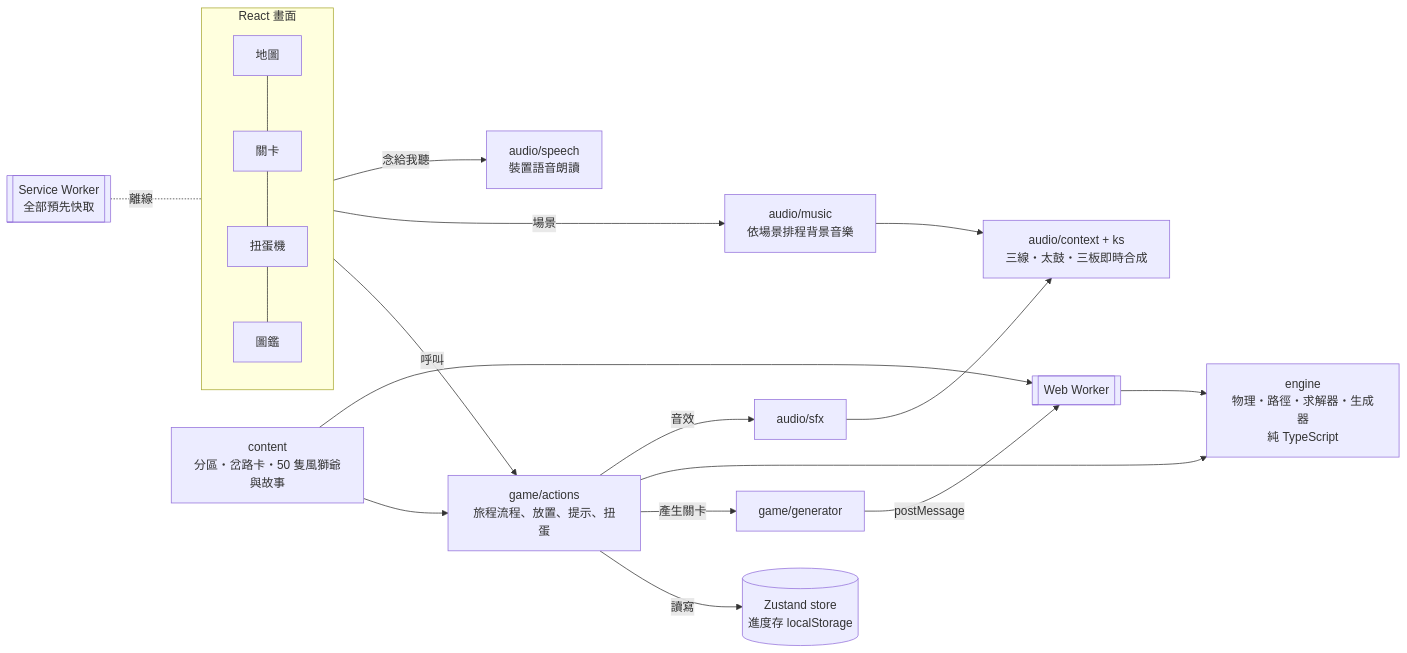
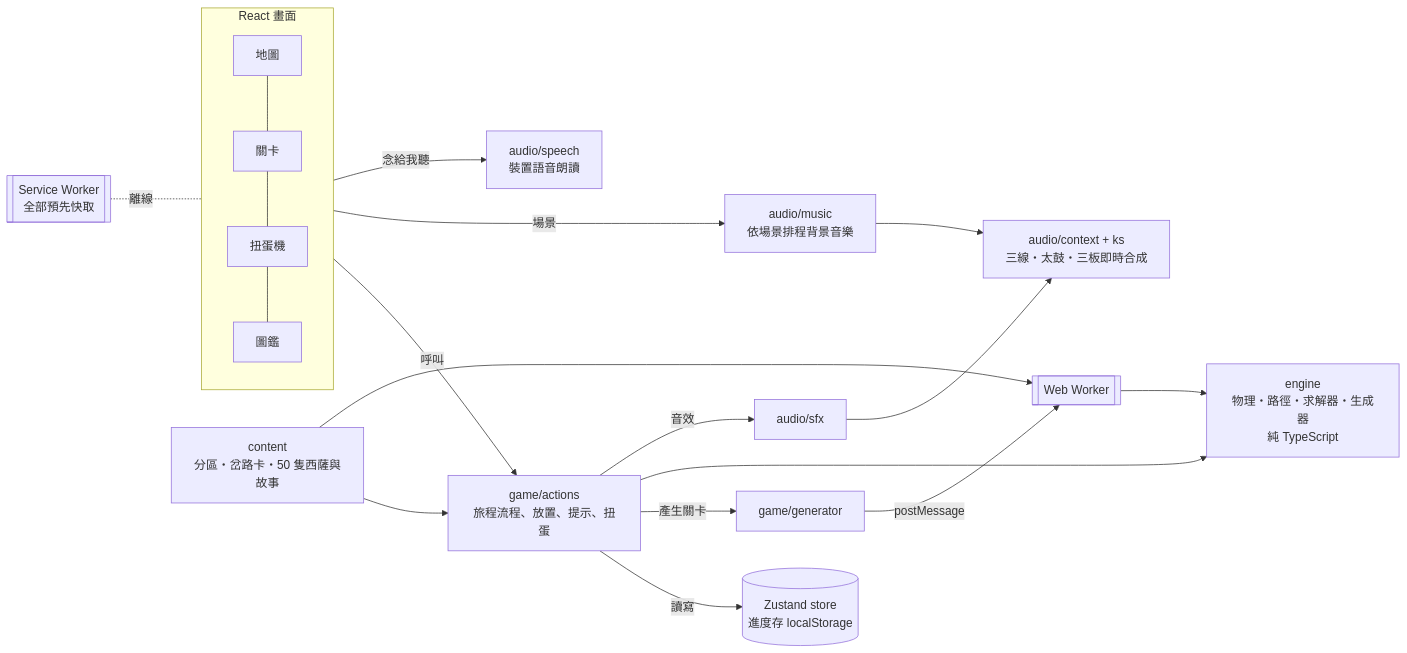
One commit to AaronChuo/shisa-reunion changed the diagram in docs/README.md. Above: the diagram before and after it, drawn with Mermaid. The commit also changed other lines of this file and 5 other files, not shown here.

````diff
--- a/docs/README.md
+++ b/docs/README.md
@@ -33,20 +33,20 @@
 ```mermaid
 flowchart LR
   subgraph UI[React 畫面]
     Home[地圖] --- Play[關卡] --- Gacha[扭蛋機] --- Dex[圖鑑]
   end
   UI -->|呼叫| Actions[game/actions<br/>旅程流程、放置、提示、扭蛋]
   Actions -->|讀寫| Store[(Zustand store<br/>進度存 localStorage)]
   Actions -->|產生關卡| Client[game/generator]
   Client -->|postMessage| Worker[[Web Worker]]
   Worker --> Engine[engine<br/>物理・路徑・求解器・生成器<br/>純 TypeScript]
   Actions --> Engine
-  Content[content<br/>分區・岔路卡・50 隻風獅爺與故事] --> Actions
+  Content[content<br/>分區・岔路卡・50 隻西薩與故事] --> Actions
   UI -->|場景| Music[audio/music<br/>依場景排程背景音樂]
   Actions -->|音效| Sfx[audio/sfx]
   UI -->|念給我聽| Speech[audio/speech<br/>裝置語音朗讀]
   Music --> Synth[audio/context + ks<br/>三線・太鼓・三板即時合成]
   Sfx --> Synth
   Content --> Worker
   SW[[Service Worker<br/>全部預先快取]] -.離線.- UI
 ```
````
